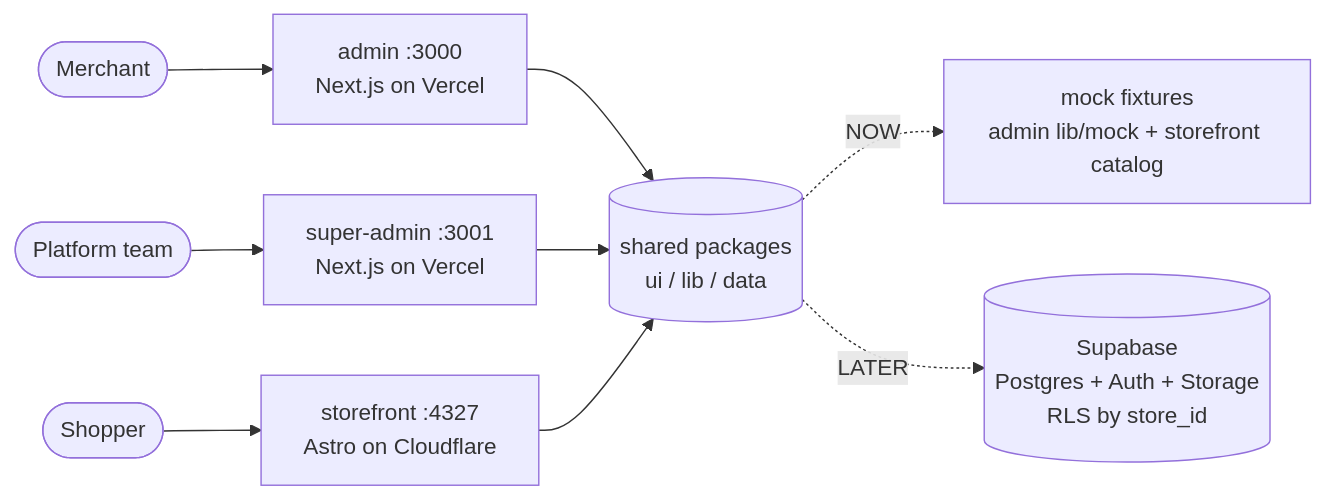
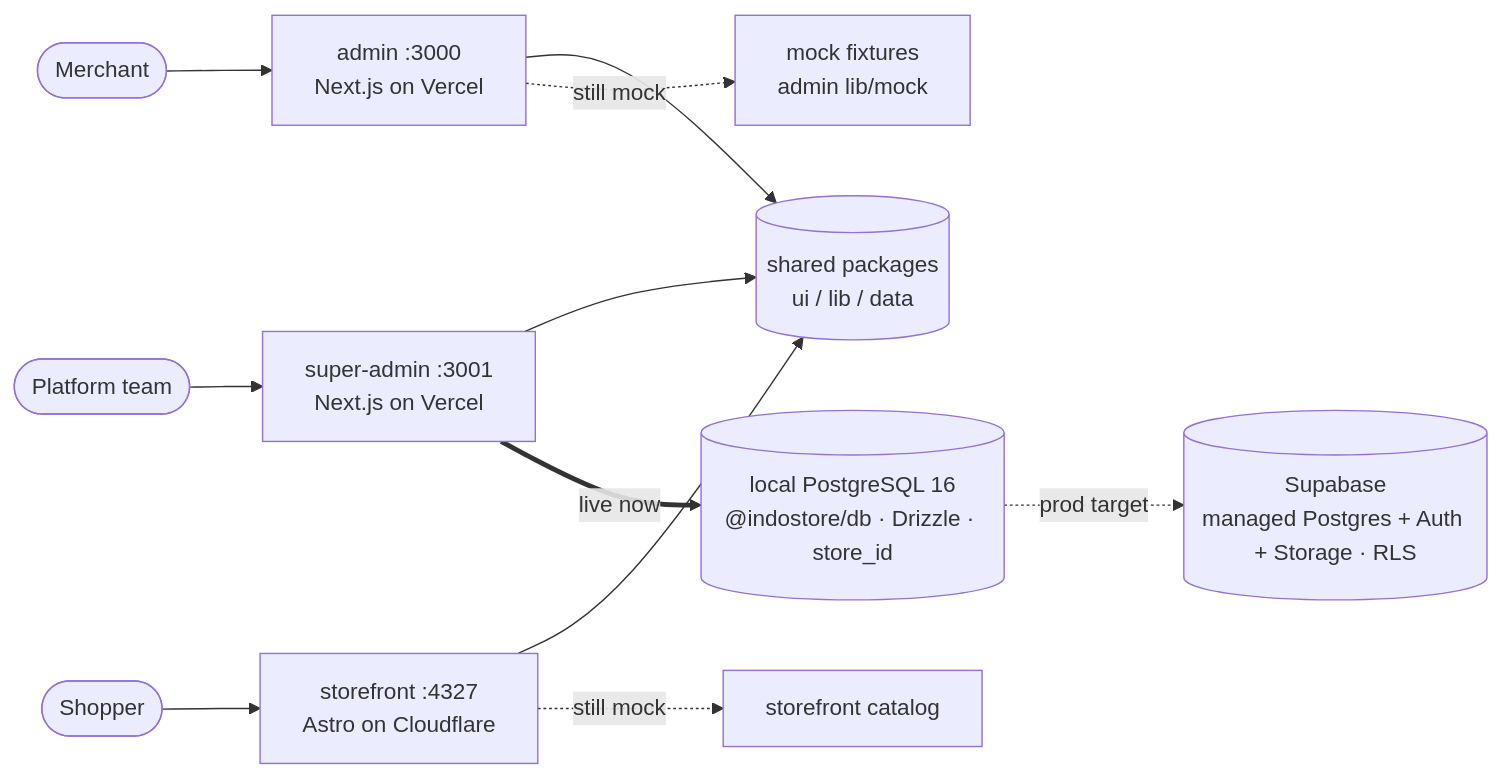
Before and after one commit to ongkipro/tokophi: the first of 2 diagrams in specs/docs/ARCHITECTURE.md, drawn with Mermaid. The commit also changed other lines of this file and 8 other files, not shown here.

````diff
--- a/specs/docs/ARCHITECTURE.md
+++ b/specs/docs/ARCHITECTURE.md
@@ -19,13 +19,15 @@
 ```mermaid
 flowchart LR
   Merchant([Merchant]) --> Admin[admin :3000<br/>Next.js on Vercel]
   Platform([Platform team]) --> Super[super-admin :3001<br/>Next.js on Vercel]
   Shopper([Shopper]) --> Store[storefront :4327<br/>Astro on Cloudflare]
 
-  Admin --> Data[(shared packages<br/>ui / lib / data)]
-  Super --> Data
-  Store --> Data
+  Admin --> Shared[(shared packages<br/>ui / lib / data)]
+  Super --> Shared
+  Store --> Shared
 
-  Data -. NOW .-> Mock[mock fixtures<br/>admin lib/mock + storefront catalog]
-  Data -. LATER .-> Supabase[(Supabase<br/>Postgres + Auth + Storage<br/>RLS by store_id)]
+  Super ==>|live now| PG[(local PostgreSQL 16<br/>@indostore/db · Drizzle · store_id)]
+  Admin -. still mock .-> Mock[mock fixtures<br/>admin lib/mock]
+  Store -. still mock .-> Cat[storefront catalog]
+  PG -. prod target .-> Supabase[(Supabase<br/>managed Postgres + Auth + Storage · RLS)]
 ```
````
